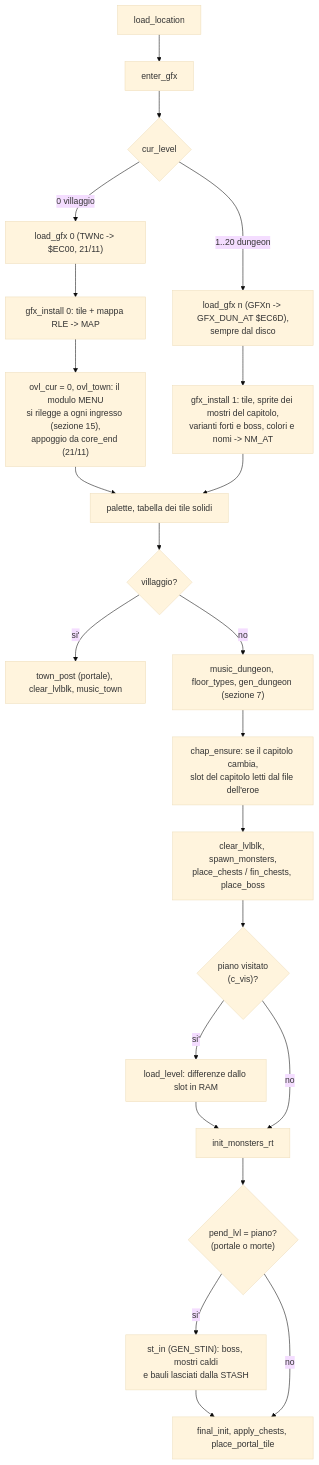
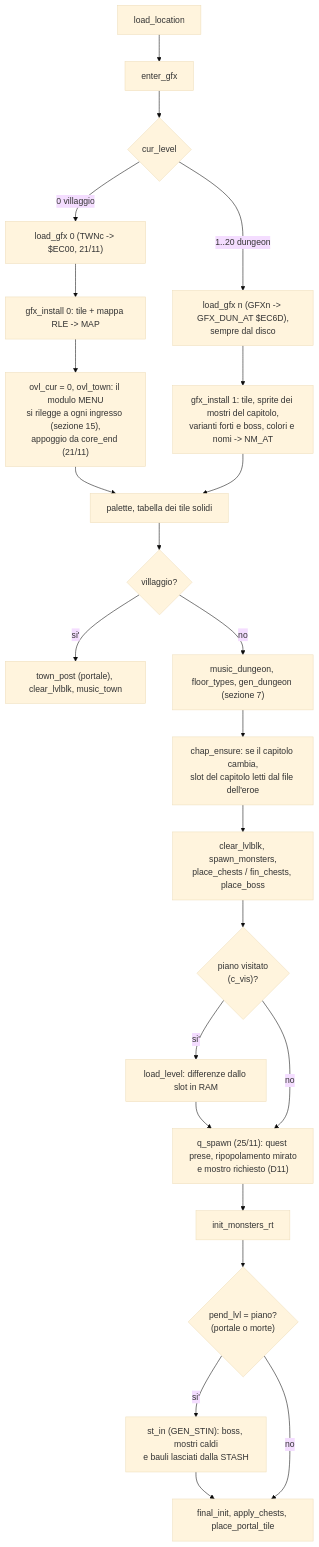
Before and after one commit to caporalesimone/barbarian-the-blood-path: the seventh of 18 diagrams in docs/wiki/flussi.md, drawn with Mermaid (base theme). The commit also changed 9 other files, not shown here.

First line of the commit message:
Quest sempre concludibili: ripopolamento mirato dei piani ripuliti

````diff
--- a/docs/wiki/flussi.md
+++ b/docs/wiki/flussi.md
@@ -186,23 +186,24 @@
 ```mermaid
 flowchart TD
     LL["load_location"] --> EG["enter_gfx"]
     EG --> V{"cur_level"}
     V -->|"0 villaggio"| LG0["load_gfx 0 (TWNc -> $EC00, 21/11)"] --> GI0
     GI0["gfx_install 0: tile + mappa RLE -> MAP"] --> MN
     MN["ovl_cur = 0, ovl_town: il modulo MENU<br/>si rilegge a ogni ingresso (sezione 15),<br/>appoggio da core_end (21/11)"]
     V -->|"1..20 dungeon"| LGN["load_gfx n (GFXn -> GFX_DUN_AT $EC6D),<br/>sempre dal disco"]
     LGN --> GI1["gfx_install 1: tile, sprite dei mostri del capitolo,<br/>varianti forti e boss, colori e nomi -> NM_AT"]
     MN --> PAL["palette, tabella dei tile solidi"]
     GI1 --> PAL
     PAL --> W2{"villaggio?"}
     W2 -->|si'| TP["town_post (portale), clear_lvlblk, music_town"]
     W2 -->|no| DG["music_dungeon, floor_types, gen_dungeon (sezione 7)"]
     DG --> CE["chap_ensure: se il capitolo cambia,<br/>slot del capitolo letti dal file dell'eroe"]
     CE --> CLR["clear_lvlblk, spawn_monsters,<br/>place_chests / fin_chests, place_boss"]
     CLR --> VB{"piano visitato<br/>(c_vis)?"}
-    VB -->|si'| LDL["load_level: differenze dallo slot in RAM"] --> IR
-    VB -->|no| IR["init_monsters_rt"]
+    VB -->|si'| LDL["load_level: differenze dallo slot in RAM"] --> QS
+    VB -->|no| QS["q_spawn (25/11): quest prese, ripopolamento mirato<br/>e mostro richiesto (D11)"]
+    QS --> IR["init_monsters_rt"]
     IR --> PE{"pend_lvl = piano?<br/>(portale o morte)"}
     PE -->|"si'"| MEM["st_in (GEN_STIN): boss, mostri caldi<br/>e bauli lasciati dalla STASH"] --> FI
     PE -->|no| FI["final_init, apply_chests, place_portal_tile"]
 ```
````
